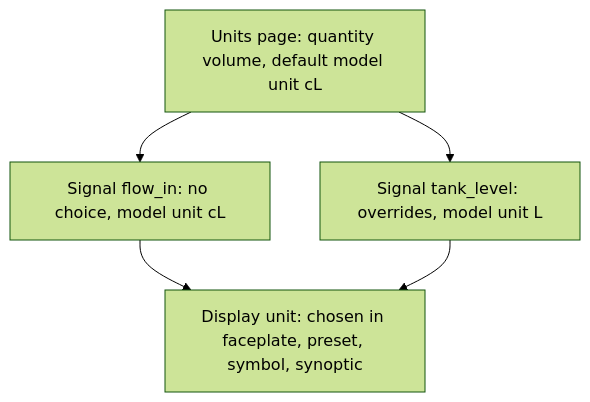
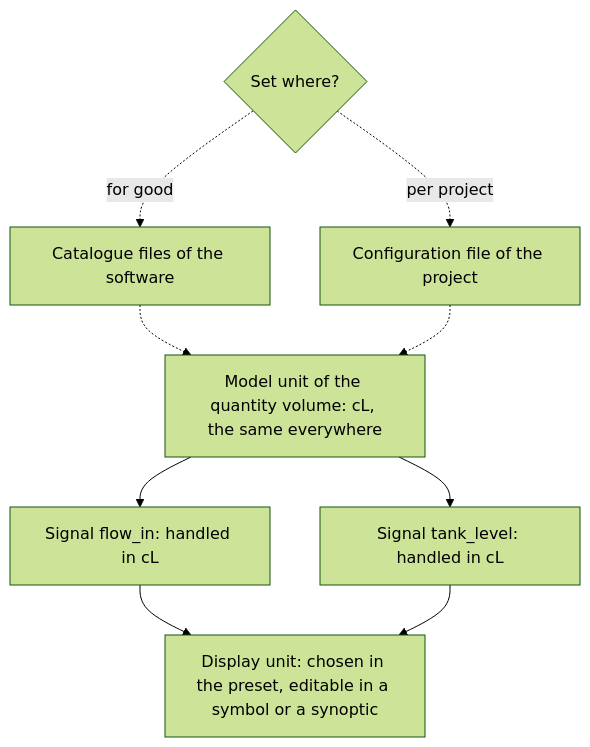
Before and after one commit to AlexandreGallais/synoptic-studio-spec: the fourth of 7 diagrams in metadata/05-units.md, drawn with Mermaid (forest theme). The commit also changed other lines of this file and 12 other files, not shown here.

````diff
--- a/metadata/05-units.md
+++ b/metadata/05-units.md
@@ -69,7 +73,11 @@
 ```mermaid
 flowchart TD
-    C["Units page: quantity volume, default model unit cL"] --> P1["Signal flow_in: no choice, model unit cL"]
-    C --> P2["Signal tank_level: overrides, model unit L"]
-    P1 --> D["Display unit: chosen in faceplate, preset, symbol, synoptic"]
+    C["Model unit of the quantity volume: cL, the same everywhere"] --> P1["Signal flow_in: handled in cL"]
+    C --> P2["Signal tank_level: handled in cL"]
+    W{"Set where?"} -.->|"for good"| CAT["Catalogue files of the software"]
+    W -.->|"per project"| PRJ["Configuration file of the project"]
+    CAT -.-> C
+    PRJ -.-> C
+    P1 --> D["Display unit: chosen in the preset, editable in a symbol or a synoptic"]
     P2 --> D
 ```
````
